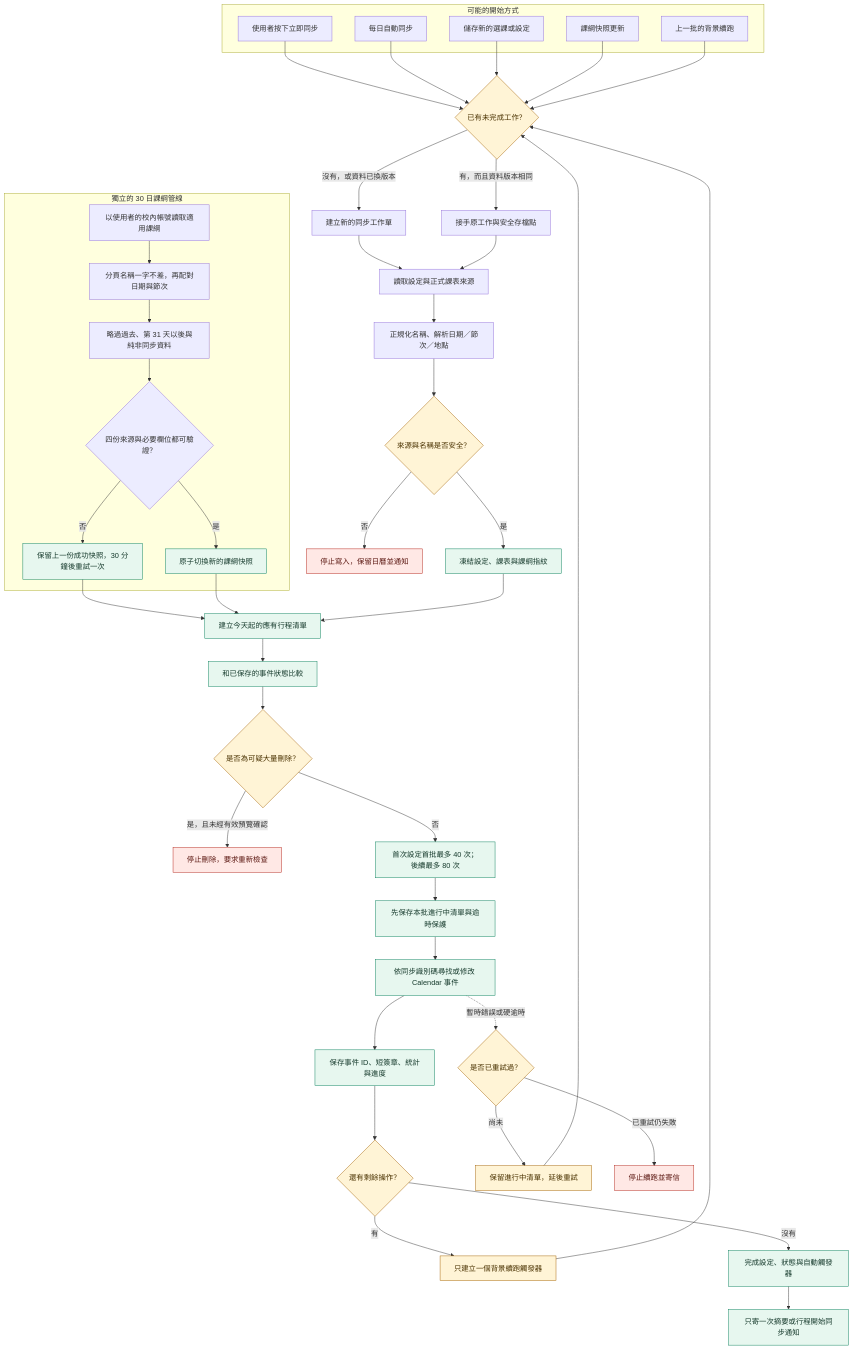
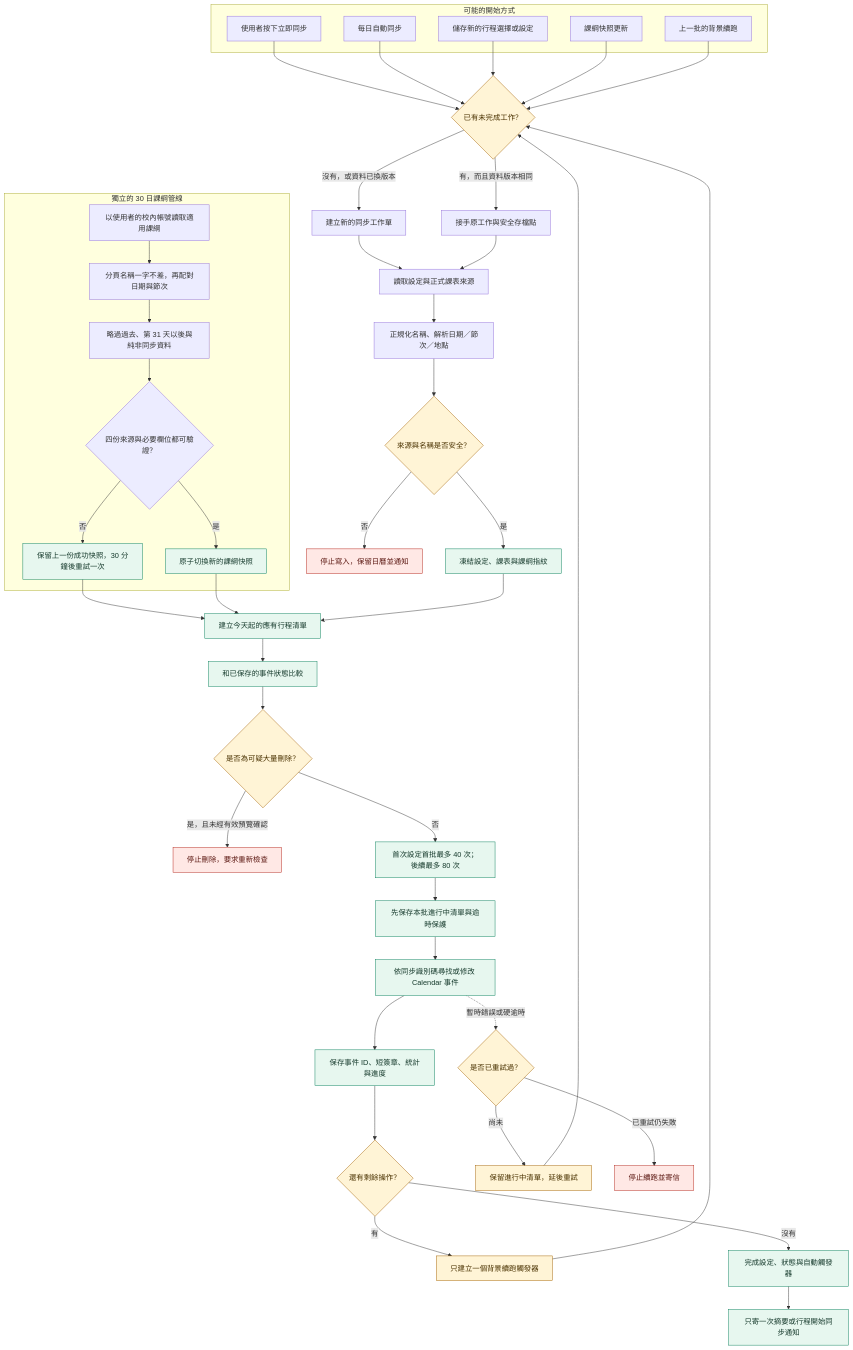
One commit to artemas-hsieh/t-school-schedule-sync changed the diagram in SYNC_MECHANISM.md. Above: the diagram before and after it, drawn with Mermaid. The commit also changed other lines of this file and 14 other files, not shown here.

````diff
--- a/SYNC_MECHANISM.md
+++ b/SYNC_MECHANISM.md
@@ -35,66 +35,66 @@
 ```mermaid
 flowchart TB
   subgraph Start["可能的開始方式"]
     A1["使用者按下立即同步"]
     A2["每日自動同步"]
-    A3["儲存新的選課或設定"]
+    A3["儲存新的行程選擇或設定"]
     A4["課綱快照更新"]
     A5["上一批的背景續跑"]
   end
 
   A1 --> B
   A2 --> B
   A3 --> B
   A4 --> B
   A5 --> B
 
   B{"已有未完成工作？"}
   B -- "有，而且資料版本相同" --> C["接手原工作與安全存檔點"]
   B -- "沒有，或資料已換版本" --> D["建立新的同步工作單"]
 
   D --> E["讀取設定與正式課表來源"]
   C --> E
   E --> F["正規化名稱、解析日期／節次／地點"]
   F --> G{"來源與名稱是否安全？"}
   G -- "否" --> X1["停止寫入，保留日曆並通知"]
   G -- "是" --> H["凍結設定、課表與課綱指紋"]
 
   subgraph Outline["獨立的 30 日課綱管線"]
     O1["以使用者的校內帳號讀取適用課綱"]
     O2["分頁名稱一字不差，再配對日期與節次"]
     O3["略過過去、第 31 天以後與純非同步資料"]
     O4{"四份來源與必要欄位都可驗證？"}
     O4 -- "否" --> O5["保留上一份成功快照，30 分鐘後重試一次"]
     O4 -- "是" --> O6["原子切換新的課綱快照"]
     O1 --> O2 --> O3 --> O4
   end
 
   O5 --> I
   O6 --> I
   H --> I["建立今天起的應有行程清單"]
   I --> J["和已保存的事件狀態比較"]
   J --> K{"是否為可疑大量刪除？"}
   K -- "是，且未經有效預覽確認" --> X2["停止刪除，要求重新檢查"]
   K -- "否" --> L["首次設定首批最多 40 次；後續最多 80 次"]
 
   L --> M["先保存本批進行中清單與逾時保護"]
   M --> N["依同步識別碼尋找或修改 Calendar 事件"]
   N --> O["保存事件 ID、短簽章、統計與進度"]
   O --> P{"還有剩餘操作？"}
   P -- "有" --> Q["只建立一個背景續跑觸發器"]
   Q --> B
   P -- "沒有" --> R["完成設定、狀態與自動觸發器"]
   R --> S["只寄一次摘要或行程開始同步通知"]
 
   N -. "暫時錯誤或硬逾時" .-> T{"是否已重試過？"}
   T -- "尚未" --> U["保留進行中清單，延後重試"]
   U --> B
   T -- "已重試仍失敗" --> X3["停止續跑並寄信"]
 
   classDef safe fill:#e7f7ef,stroke:#087f5b,color:#173b2d;
   classDef caution fill:#fff4d6,stroke:#a46200,color:#4a3200;
   classDef stop fill:#ffe8e5,stroke:#b42318,color:#5b1711;
   class H,I,J,L,M,N,O,R,S,O5,O6 safe;
   class B,G,K,P,T,Q,U caution;
   class X1,X2,X3 stop;
 ```
````
